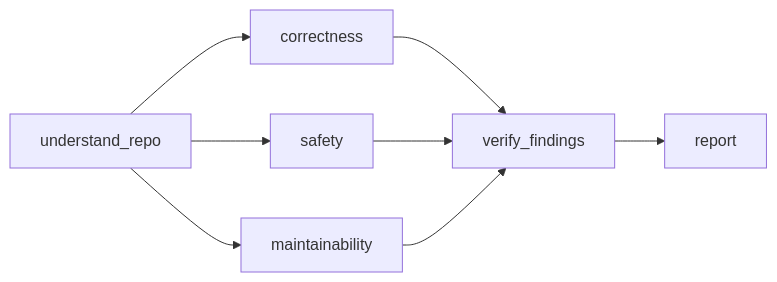
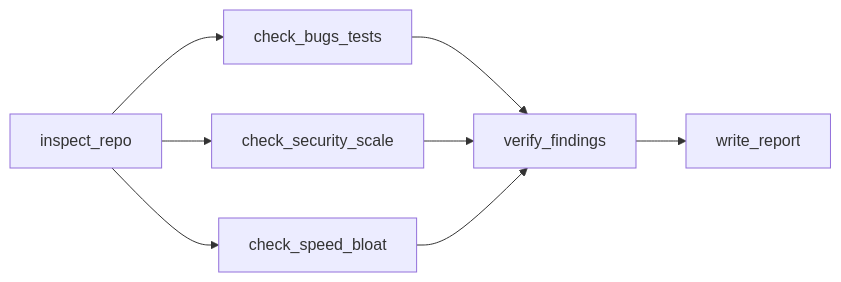
One commit to genai-io/san changed the diagram in examples/workflows/ponytail-audit.md. Above: the diagram before and after it, drawn with Mermaid. The commit also changed other lines of this file and 2 other files, not shown here.

````diff
--- a/examples/workflows/ponytail-audit.md
+++ b/examples/workflows/ponytail-audit.md
@@ -12,4 +12,4 @@
 ```mermaid
 flowchart LR
-  understand_repo --> correctness & safety & maintainability --> verify_findings --> report
+  inspect_repo --> check_bugs_tests & check_security_scale & check_speed_bloat --> verify_findings --> write_report
 ```
````
